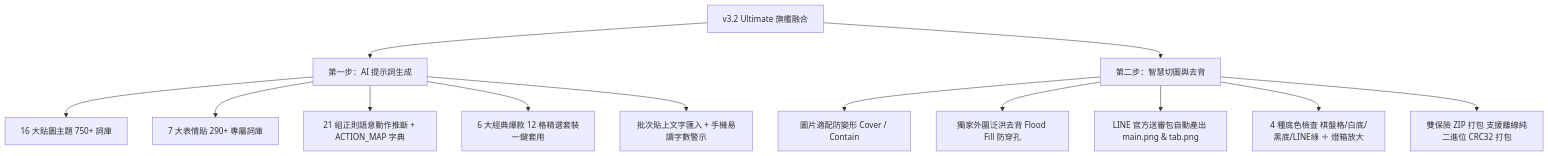
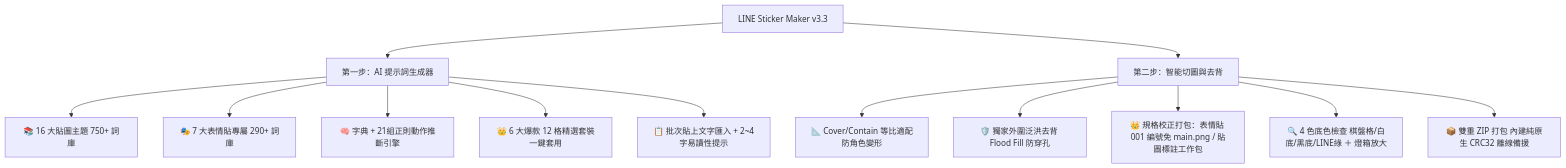
Before and after one commit to dinghnes/line-sticker-maker: the first of 2 diagrams in README.md, drawn with Mermaid. The commit also changed other lines of this file, not shown here.

Commit message:
docs: update README.md with LINE official spec guidelines (v3.3)

````diff
--- a/README.md
+++ b/README.md
@@ -20,17 +34,17 @@
 ```mermaid
 flowchart TD
-    A[v3.2 Ultimate 旗艦融合] --> B[第一步：AI 提示詞生成]
-    A --> C[第二步：智慧切圖與去背]
+    A[LINE Sticker Maker v3.3] --> B[第一步：AI 提示詞生成器]
+    A --> C[第二步：智能切圖與去背]
 
-    B --> B1[16 大貼圖主題 750+ 詞庫]
-    B --> B2[7 大表情貼 290+ 專屬詞庫]
-    B --> B3[21 組正則語意動作推斷 + ACTION_MAP 字典]
-    B --> B4[6 大經典爆款 12 格精選套裝一鍵套用]
-    B --> B5[批次貼上文字匯入 + 手機易讀字數警示]
+    B --> B1[📚 16 大貼圖主題 750+ 詞庫]
+    B --> B2[🎭 7 大表情貼專屬 290+ 詞庫]
+    B --> B3[🧠 字典 + 21組正則動作推斷引擎]
+    B --> B4[👑 6 大爆款 12 格精選套裝一鍵套用]
+    B --> B5[📋 批次貼上文字匯入 + 2~4字易讀性提示]
 
-    C --> C1[圖片適配防變形 Cover / Contain]
-    C --> C2[獨家外圍泛洪去背 Flood Fill 防穿孔]
-    C --> C3[LINE 官方送審包自動產出 main.png & tab.png]
-    C --> C4[4 種底色檢查 棋盤格/白底/黑底/LINE綠 ＋ 燈箱放大]
-    C --> C5[雙保險 ZIP 打包 支援離線純二進位 CRC32 打包]
+    C --> C1[📐 Cover/Contain 等比適配防角色變形]
+    C --> C2[🛡️ 獨家外圍泛洪去背 Flood Fill 防穿孔]
+    C --> C3[👑 規格校正打包：表情貼 001 編號免 main.png / 貼圖標註工作包]
+    C --> C4[🔍 4 色底色檢查 棋盤格/白底/黑底/LINE綠 ＋ 燈箱放大]
+    C --> C5[📦 雙重 ZIP 打包 內建純原生 CRC32 離線備援]
 ```
````
